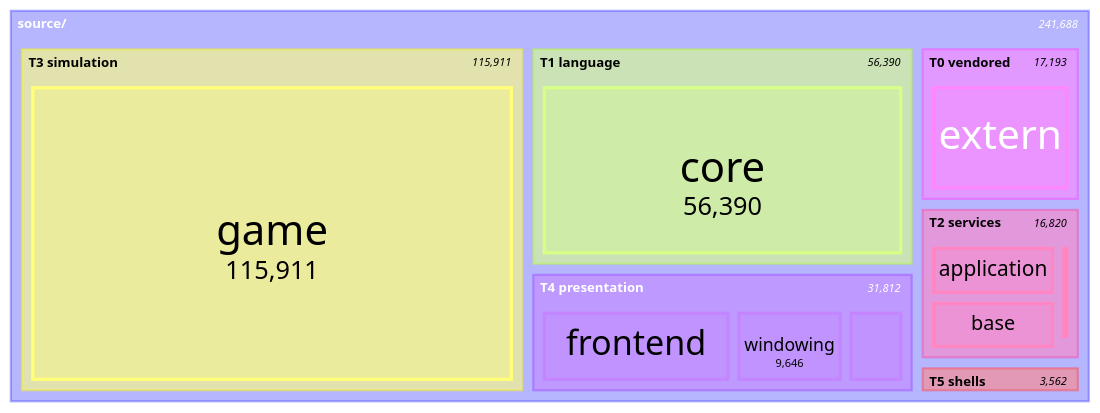
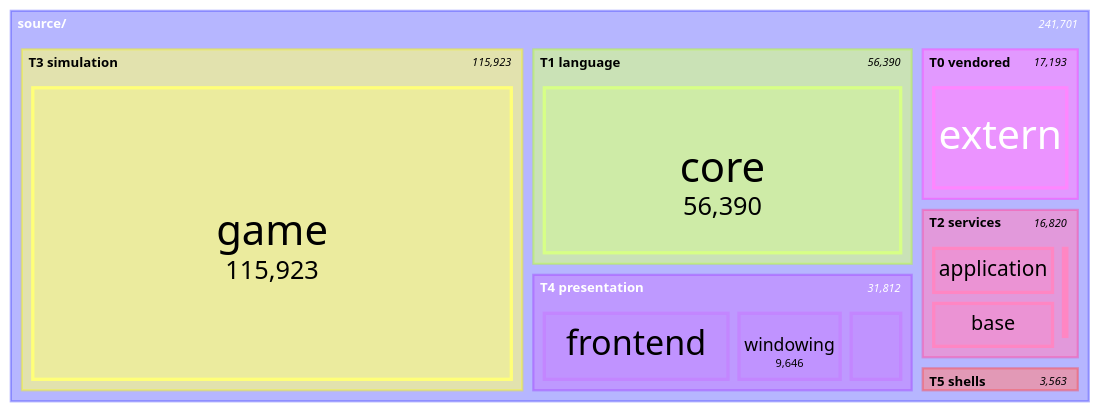
One commit to apnex/OpenStarbound changed the seventh of 11 diagrams in docs/architecture/system-boundaries.md. Above: the diagram before and after it, drawn with Mermaid. The commit also changed other lines of this file and 2 other files, not shown here.

````diff
--- a/docs/architecture/system-boundaries.md
+++ b/docs/architecture/system-boundaries.md
@@ -599,22 +599,22 @@
 ```mermaid
 treemap-beta
 "source/"
     "T0 vendored"
         "extern": 17193
     "T1 language"
         "core": 56390
     "T2 services"
         "application": 7687
         "base": 7472
         "metrics": 1519
         "platform": 142
     "T3 simulation"
-        "game": 115911
+        "game": 115923
     "T4 presentation"
         "frontend": 16866
         "windowing": 9646
         "rendering": 5300
     "T5 shells"
-        "client": 2779
+        "client": 2780
         "server": 783
 ```
````
